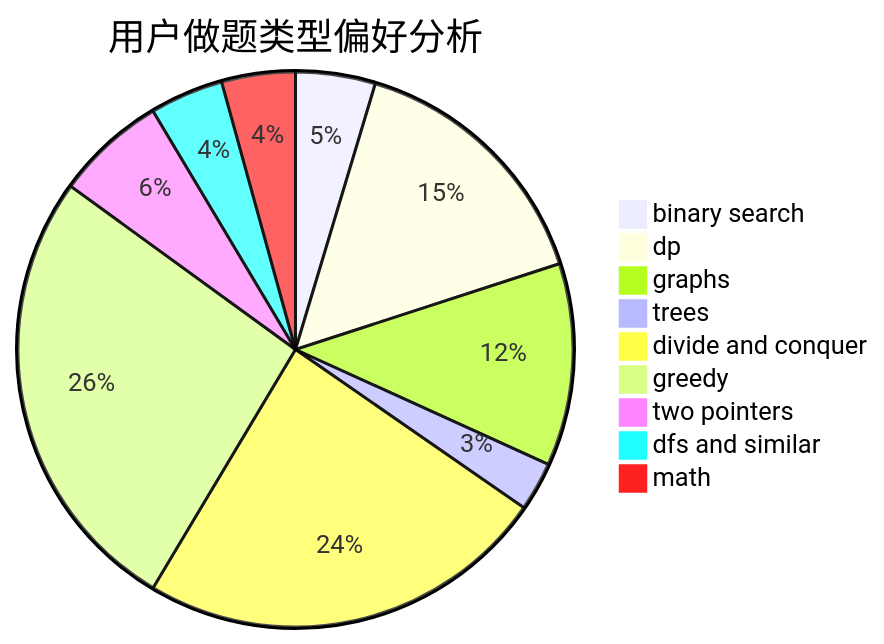
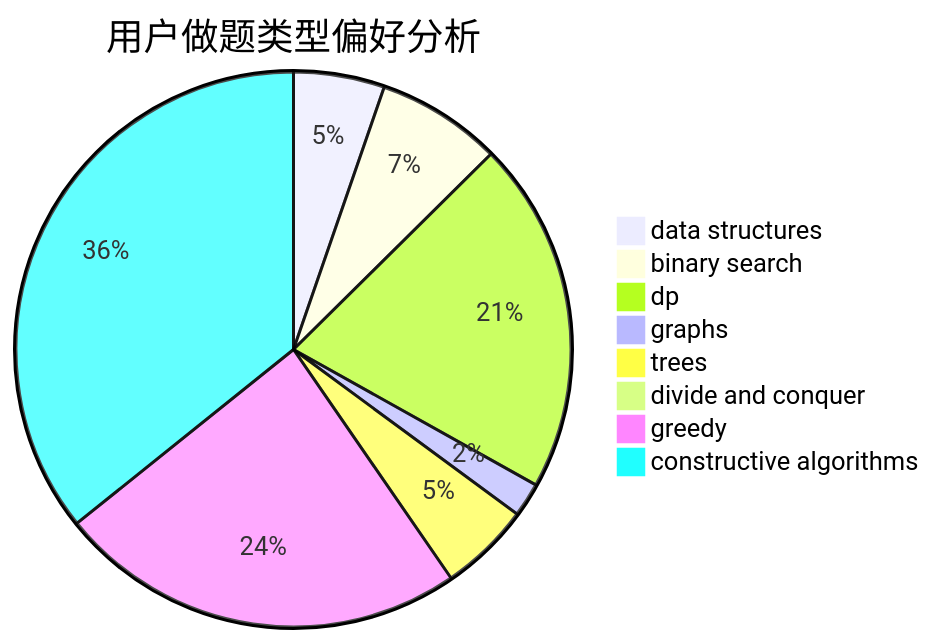
Before and after one commit to sherpahu/cfrs.github.io: the second of 3 diagrams in docs/user/u2534.md, drawn with Mermaid. The commit also changed other lines of this file and 2775 other files, not shown here.

````diff
--- a/docs/user/u2534.md
+++ b/docs/user/u2534.md
@@ -23,12 +23,11 @@
 ```mermaid
 pie title 用户做题类型偏好分析
-    "binary search" :  13
-    "dp" :  43
-    "graphs" :  33
+    "data structures" :  8
+    "binary search" :  11
+    "dp" :  31
+    "graphs" :  3
     "trees" :  8
-    "divide and conquer" :  67
-    "greedy" :  74
-    "two pointers" :  18
-    "dfs and similar" :  12
-    "math" :  12
+    "divide and conquer" :  0
+    "greedy" :  36
+    "constructive algorithms" :  54
 ```
````
